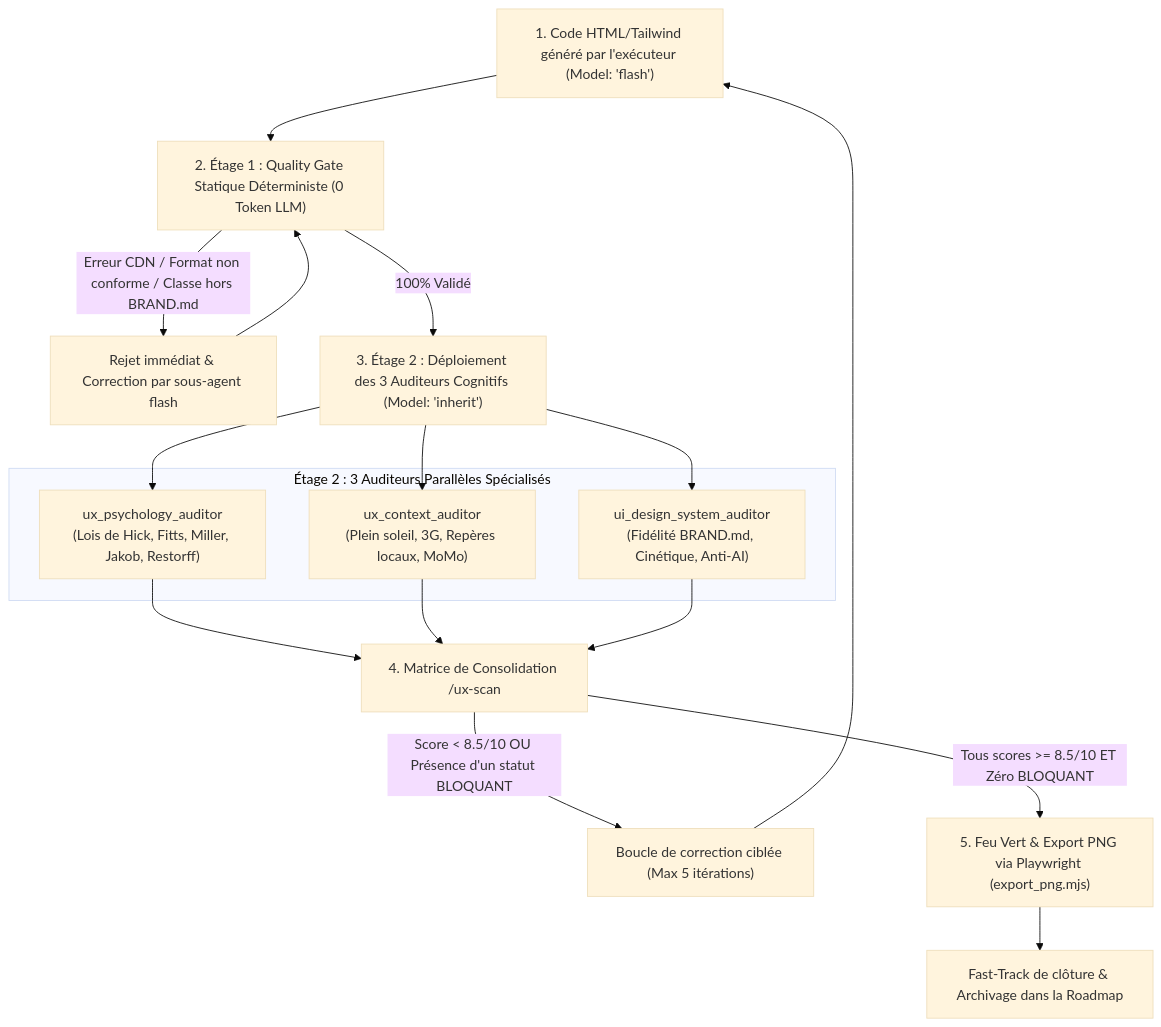
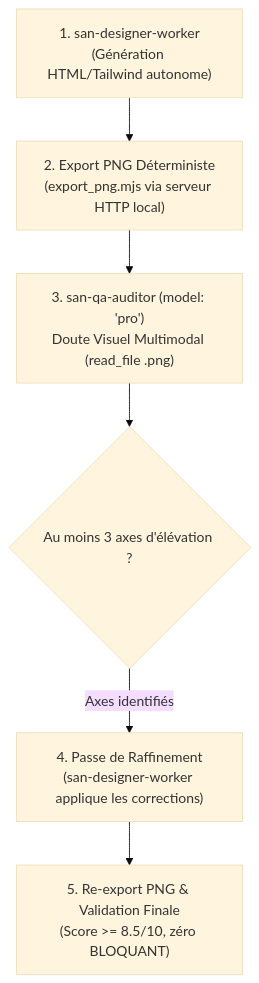
The diagram in src/skills/san_designer/SKILL.md (alexsan-dev/san_agy_framework), drawn with Mermaid (base theme) before and after one commit. The commit also changed other lines of this file and 114 other files, not shown here.

````diff
--- a/src/skills/san_designer/SKILL.md
+++ b/src/skills/san_designer/SKILL.md
@@ -111,26 +25,8 @@
 ```mermaid
 flowchart TD
-    A["1. Code HTML/Tailwind généré par l'exécuteur (Model: 'flash')"] --> B["2. Étage 1 : Quality Gate Statique Déterministe (0 Token LLM)"]
-    B -- "Erreur CDN / Format non conforme / Classe hors BRAND.md" --> C["Rejet immédiat & Correction par sous-agent flash"]
-    C --> B
-    B -- "100% Validé" --> D["3. Étage 2 : Déploiement des 3 Auditeurs Cognitifs (Model: 'inherit')"]
-    
-    subgraph Etage2["Étage 2 : 3 Auditeurs Parallèles Spécialisés"]
-        D1["ux_psychology_auditor\n(Lois de Hick, Fitts, Miller, Jakob, Restorff)"]
-        D2["ux_context_auditor\n(Plein soleil, 3G, Repères locaux, MoMo)"]
-        D3["ui_design_system_auditor\n(Fidélité BRAND.md, Cinétique, Anti-AI)"]
-    end
-
-    D --> D1
-    D --> D2
-    D --> D3
-
-    D1 --> E["4. Matrice de Consolidation /ux-scan"]
-    D2 --> E
-    D3 --> E
-
-    E -- "Score < 8.5/10 OU Présence d'un statut BLOQUANT" --> F["Boucle de correction ciblée (Max 5 itérations)"]
-    F --> A
-    E -- "Tous scores >= 8.5/10 ET Zéro BLOQUANT" --> G["5. Feu Vert & Export PNG via Playwright (export_png.mjs)"]
-    G --> H["Fast-Track de clôture & Archivage dans la Roadmap"]
+    Step1["1. san-designer-worker\n(Génération HTML/Tailwind autonome)"] --> Step2["2. Export PNG Déterministe\n(export_png.mjs via serveur HTTP local)"]
+    Step2 --> Step3["3. san-qa-auditor (model: 'pro')\nDoute Visuel Multimodal (read_file .png)"]
+    Step3 --> Decision{"Au moins 3 axes d'élévation ?"}
+    Decision -->|"Axes identifiés"| Step4["4. Passe de Raffinement\n(san-designer-worker applique les corrections)"]
+    Step4 --> Step5["5. Re-export PNG & Validation Finale\n(Score >= 8.5/10, zéro BLOQUANT)"]
 ```
````
